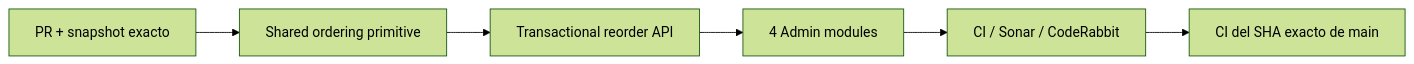
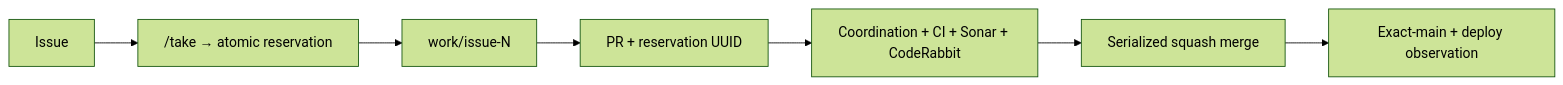
The diagram in README.md (pl0n3r/brvtal), drawn with Mermaid (forest theme) before and after one commit. The commit also changed other lines of this file and 11 other files, not shown here.

First line of the commit message:
infra: add multi-agent work coordination (v0.1.22) (#572)

````diff
--- a/README.md
+++ b/README.md
@@ -49,8 +49,9 @@
 ```mermaid
 flowchart LR
- A["PR + snapshot exacto"] --> U["Shared ordering primitive"]
- U --> API["Transactional reorder API"]
- API --> M["4 Admin modules"]
- M --> Q["CI / Sonar / CodeRabbit"]
- Q --> X["CI del SHA exacto de main"]
+ I["Issue"] --> R["/take → atomic reservation"]
+ R --> B["work/issue-N"]
+ B --> P["PR + reservation UUID"]
+ P --> C["Coordination + CI + Sonar + CodeRabbit"]
+ C --> M["Serialized squash merge"]
+ M --> X["Exact-main + deploy observation"]
 ```
````
